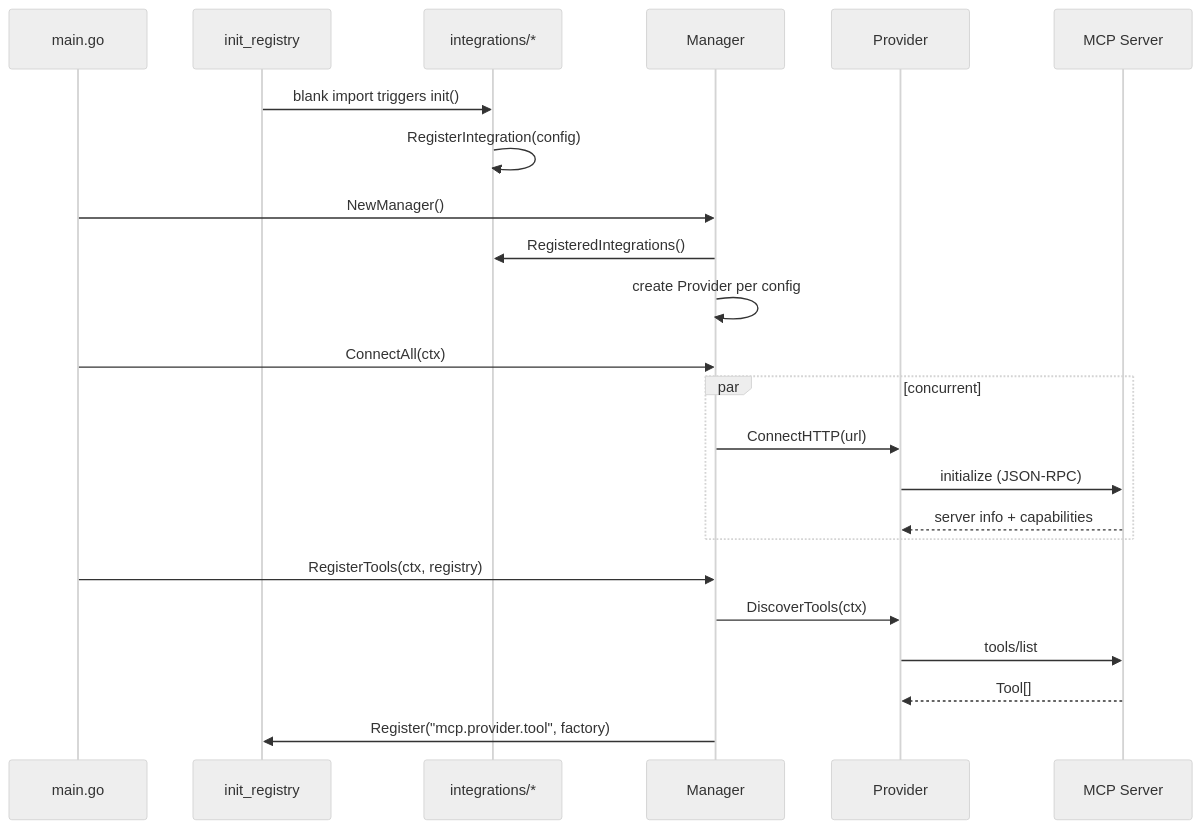
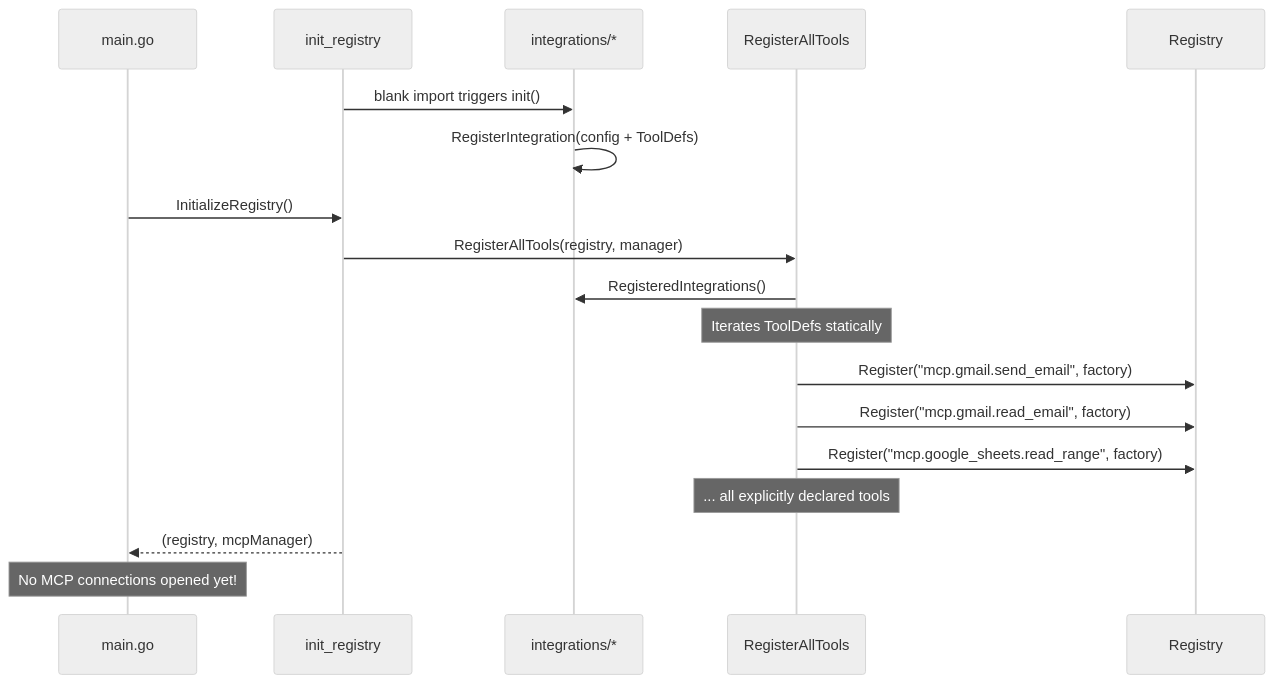
One commit to rune-org/rune changed the second of 3 diagrams in services/rune-worker/pkg/mcp/README.md. Above: the diagram before and after it, drawn with Mermaid (neutral theme). The commit also changed other lines of this file and 13 other files, not shown here.

````diff
--- a/services/rune-worker/pkg/mcp/README.md
+++ b/services/rune-worker/pkg/mcp/README.md
@@ -52,28 +54,22 @@
 ```mermaid
 sequenceDiagram
     participant main as main.go
-    participant reg as init_registry
+    participant init as init_registry
     participant int as integrations/*
-    participant mgr as Manager
-    participant prv as Provider
-    participant srv as MCP Server
+    participant fn as RegisterAllTools
+    participant reg as Registry
 
-    reg->>int: blank import triggers init()
-    int->>int: RegisterIntegration(config)
-    main->>mgr: NewManager()
-    mgr->>int: RegisteredIntegrations()
-    mgr->>mgr: create Provider per config
+    init->>int: blank import triggers init()
+    int->>int: RegisterIntegration(config + ToolDefs)
 
-    main->>mgr: ConnectAll(ctx)
-    par concurrent
-        mgr->>prv: ConnectHTTP(url)
-        prv->>srv: initialize (JSON-RPC)
-        srv-->>prv: server info + capabilities
-    end
-
-    main->>mgr: RegisterTools(ctx, registry)
-    mgr->>prv: DiscoverTools(ctx)
-    prv->>srv: tools/list
-    srv-->>prv: Tool[]
-    mgr->>reg: Register("mcp.provider.tool", factory)
+    main->>init: InitializeRegistry()
+    init->>fn: RegisterAllTools(registry, manager)
+    fn->>int: RegisteredIntegrations()
+    note over fn: Iterates ToolDefs statically
+    fn->>reg: Register("mcp.gmail.send_email", factory)
+    fn->>reg: Register("mcp.gmail.read_email", factory)
+    fn->>reg: Register("mcp.google_sheets.read_range", factory)
+    note over fn: ... all explicitly declared tools
+    init-->>main: (registry, mcpManager)
+    note over main: No MCP connections opened yet!
 ```
````
